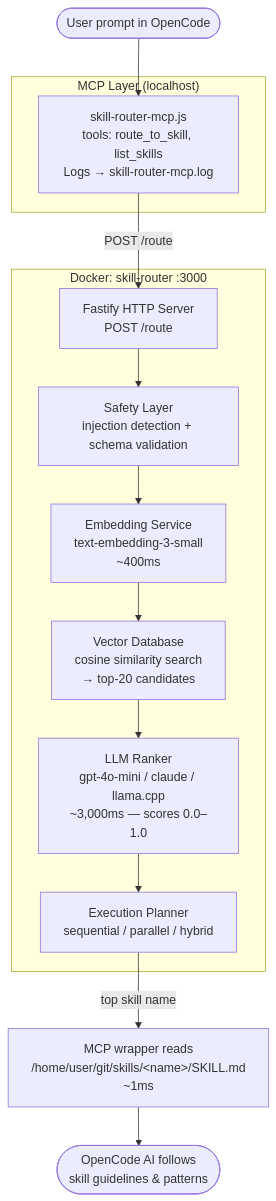
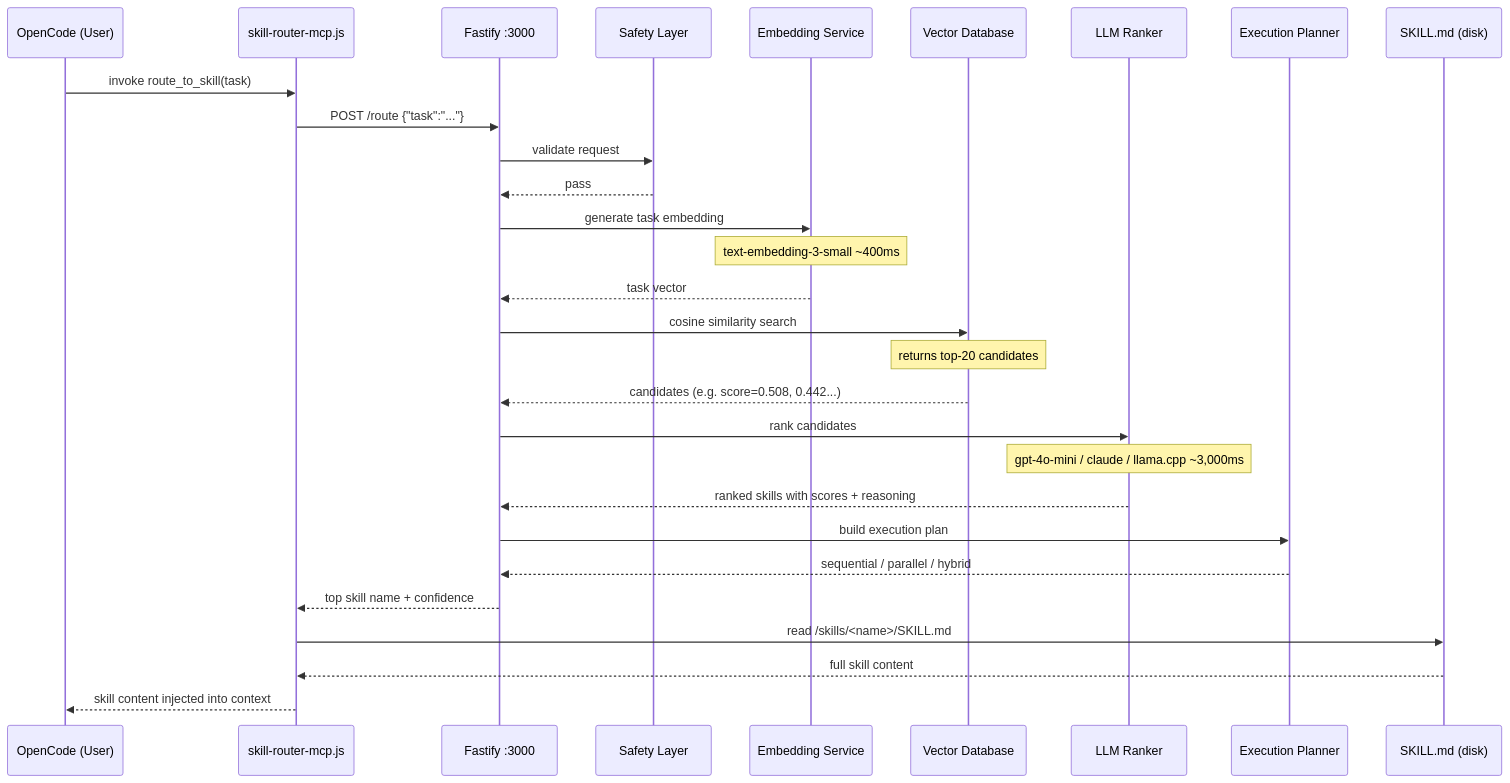
The first of 2 diagrams in agent-skill-routing-system/README.md (paulpas/skills), drawn with Mermaid before and after one commit. The commit also changed other lines of this file, not shown here.

Commit message:
docs: convert Mermaid flowcharts to sequence diagrams

````diff
--- a/agent-skill-routing-system/README.md
+++ b/agent-skill-routing-system/README.md
@@ -16,21 +16,32 @@
 ```mermaid
-flowchart TD
-    A([User prompt in OpenCode]) --> B
+sequenceDiagram
+    participant U as OpenCode (User)
+    participant MCP as skill-router-mcp.js
+    participant API as Fastify :3000
+    participant Safety as Safety Layer
+    participant Embed as Embedding Service
+    participant VDB as Vector Database
+    participant LLM as LLM Ranker
+    participant Plan as Execution Planner
+    participant Disk as SKILL.md (disk)
 
-    subgraph MCP["MCP Layer (localhost)"]
-        B["skill-router-mcp.js\ntools: route_to_skill, list_skills\nLogs → skill-router-mcp.log"]
-    end
-
-    B -->|"POST /route"| C
-
-    subgraph Docker["Docker: skill-router :3000"]
-        C["Fastify HTTP Server\nPOST /route"] --> D["Safety Layer\ninjection detection + schema validation"]
-        D --> E["Embedding Service\ntext-embedding-3-small\n~400ms"]
-        E --> F["Vector Database\ncosine similarity search\n→ top-20 candidates"]
-        F --> G["LLM Ranker\ngpt-4o-mini / claude / llama.cpp\n~3,000ms — scores 0.0–1.0"]
-        G --> H["Execution Planner\nsequential / parallel / hybrid"]
-    end
-
-    H -->|"top skill name"| I["MCP wrapper reads\n/home/user/git/skills/&lt;name&gt;/SKILL.md\n~1ms"]
-    I --> J([OpenCode AI follows\nskill guidelines & patterns])
+    U->>MCP: invoke route_to_skill(task)
+    MCP->>API: POST /route {"task":"..."}
+    API->>Safety: validate request
+    Safety-->>API: pass
+    API->>Embed: generate task embedding
+    Note over Embed: text-embedding-3-small ~400ms
+    Embed-->>API: task vector
+    API->>VDB: cosine similarity search
+    Note over VDB: returns top-20 candidates
+    VDB-->>API: candidates (e.g. score=0.508, 0.442...)
+    API->>LLM: rank candidates
+    Note over LLM: gpt-4o-mini / claude / llama.cpp ~3,000ms
+    LLM-->>API: ranked skills with scores + reasoning
+    API->>Plan: build execution plan
+    Plan-->>API: sequential / parallel / hybrid
+    API-->>MCP: top skill name + confidence
+    MCP->>Disk: read /skills/<name>/SKILL.md
+    Disk-->>MCP: full skill content
+    MCP-->>U: skill content injected into context
 ```
````
